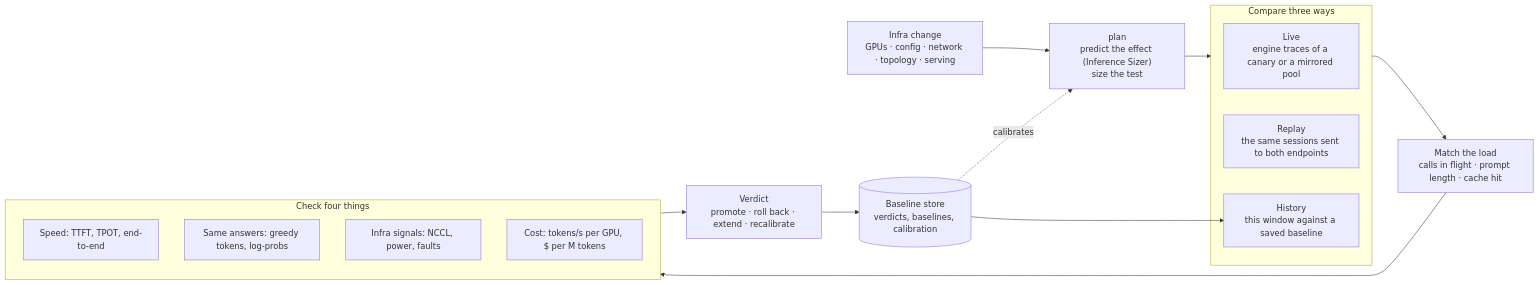
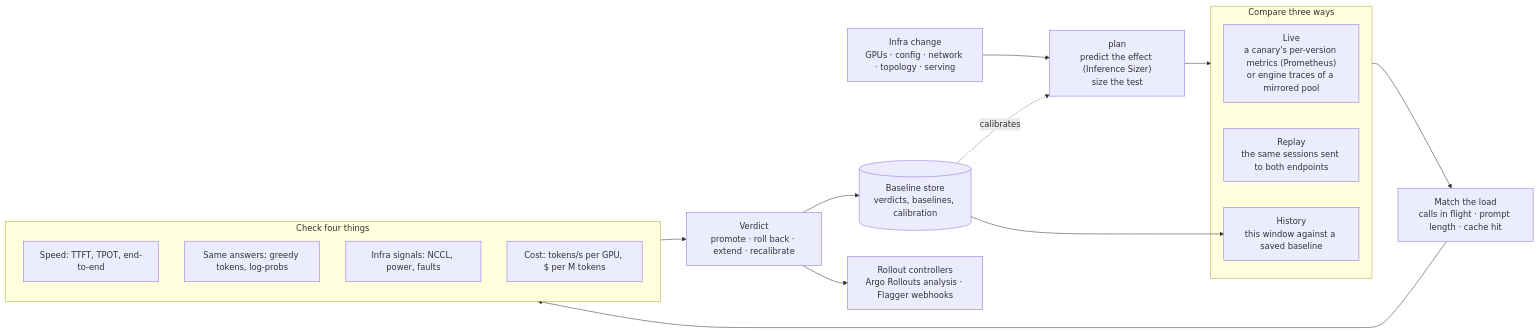
One commit to hardikashah-eng/AIInfraTools changed the diagram in skills/fleetops/references/SHADOW.md. Above: the diagram before and after it, drawn with Mermaid. The commit also changed other lines of this file and 15 other files, not shown here.

````diff
--- a/skills/fleetops/references/SHADOW.md
+++ b/skills/fleetops/references/SHADOW.md
@@ -19,22 +25,23 @@
 ```mermaid
 flowchart LR
   change["Infra change<br/>GPUs · config · network · topology · serving"] --> plan
   plan["plan<br/>predict the effect (Inference Sizer)<br/>size the test"] --> arms
   subgraph arms["Compare three ways"]
-    live["Live<br/>engine traces of a canary or a mirrored pool"]
+    live["Live<br/>a canary's per-version metrics (Prometheus)<br/>or engine traces of a mirrored pool"]
     replay["Replay<br/>the same sessions sent to both endpoints"]
     history["History<br/>this window against a saved baseline"]
   end
   arms --> match["Match the load<br/>calls in flight · prompt length · cache hit"]
   match --> checks
   subgraph checks["Check four things"]
     speed["Speed: TTFT, TPOT, end-to-end"]
     answers["Same answers: greedy tokens, log-probs"]
     infra["Infra signals: NCCL, power, faults"]
     cost["Cost: tokens/s per GPU, $ per M tokens"]
   end
   checks --> verdict["Verdict<br/>promote · roll back · extend · recalibrate"]
   verdict --> store[("Baseline store<br/>verdicts, baselines, calibration")]
+  verdict --> ctl["Rollout controllers<br/>Argo Rollouts analysis · Flagger webhooks"]
   store --> history
   store -. calibrates .-> plan
 ```
````
